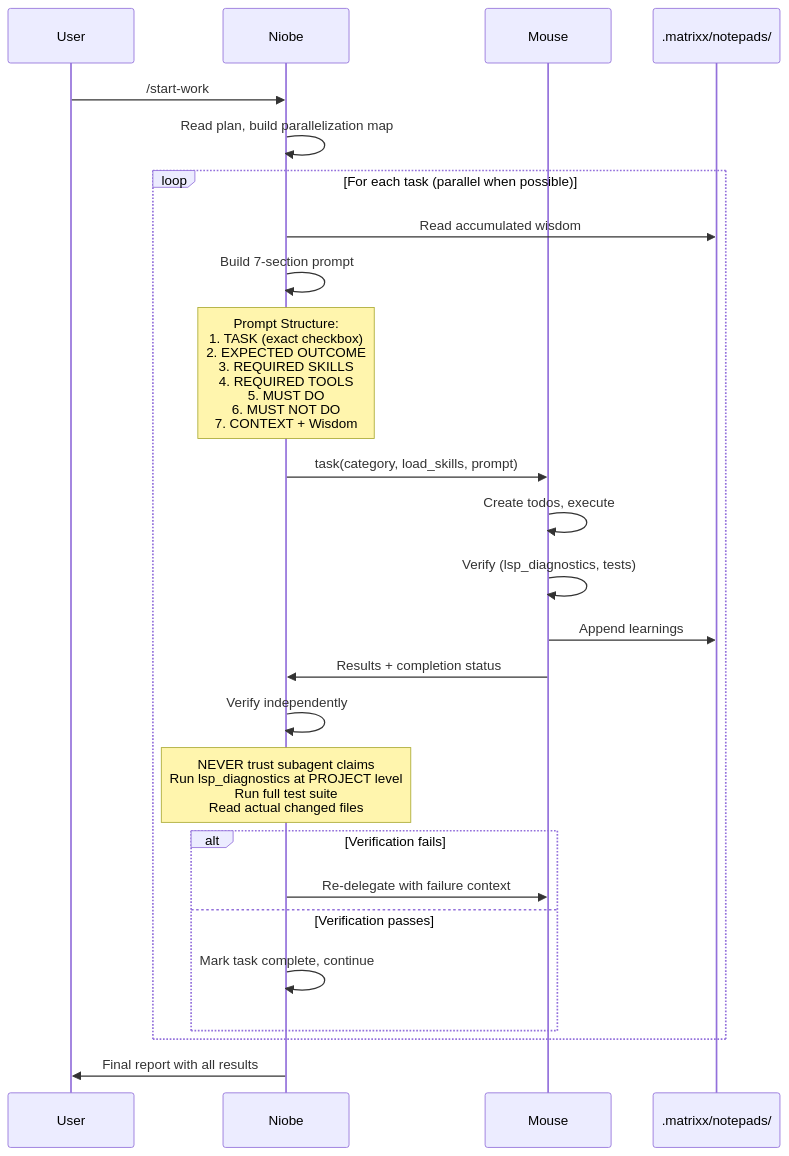
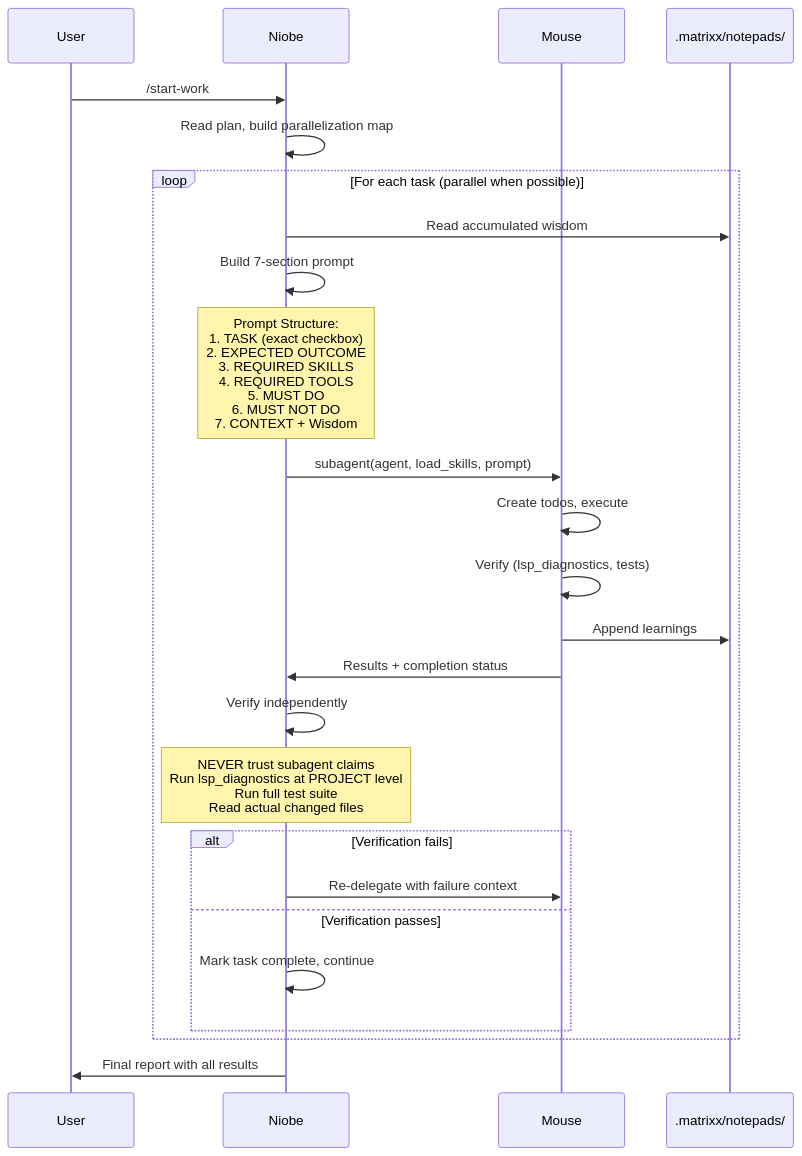
The fourth of 4 diagrams in docs/orchestration.md (klpanagi/opencode-matrixx-2), drawn with Mermaid before and after one commit. The commit also changed other lines of this file and 27 other files, not shown here.

````diff
--- a/docs/orchestration.md
+++ b/docs/orchestration.md
@@ -510,35 +510,35 @@
 ```mermaid
 sequenceDiagram
     participant User
     participant Orchestrator as Niobe
     participant Junior as Mouse
     participant Notepad as .matrixx/notepads/
 
     User->>Orchestrator: /start-work
     Orchestrator->>Orchestrator: Read plan, build parallelization map
 
     loop For each task (parallel when possible)
         Orchestrator->>Notepad: Read accumulated wisdom
         Orchestrator->>Orchestrator: Build 7-section prompt
 
         Note over Orchestrator: Prompt Structure:<br/>1. TASK (exact checkbox)<br/>2. EXPECTED OUTCOME<br/>3. REQUIRED SKILLS<br/>4. REQUIRED TOOLS<br/>5. MUST DO<br/>6. MUST NOT DO<br/>7. CONTEXT + Wisdom
 
-        Orchestrator->>Junior: task(category, load_skills, prompt)
+        Orchestrator->>Junior: subagent(agent, load_skills, prompt)
 
         Junior->>Junior: Create todos, execute
         Junior->>Junior: Verify (lsp_diagnostics, tests)
         Junior->>Notepad: Append learnings
         Junior->>Orchestrator: Results + completion status
 
         Orchestrator->>Orchestrator: Verify independently
         Note over Orchestrator: NEVER trust subagent claims<br/>Run lsp_diagnostics at PROJECT level<br/>Run full test suite<br/>Read actual changed files
 
         alt Verification fails
             Orchestrator->>Junior: Re-delegate with failure context
         else Verification passes
             Orchestrator->>Orchestrator: Mark task complete, continue
         end
     end
 
     Orchestrator->>User: Final report with all results
 ```
````
